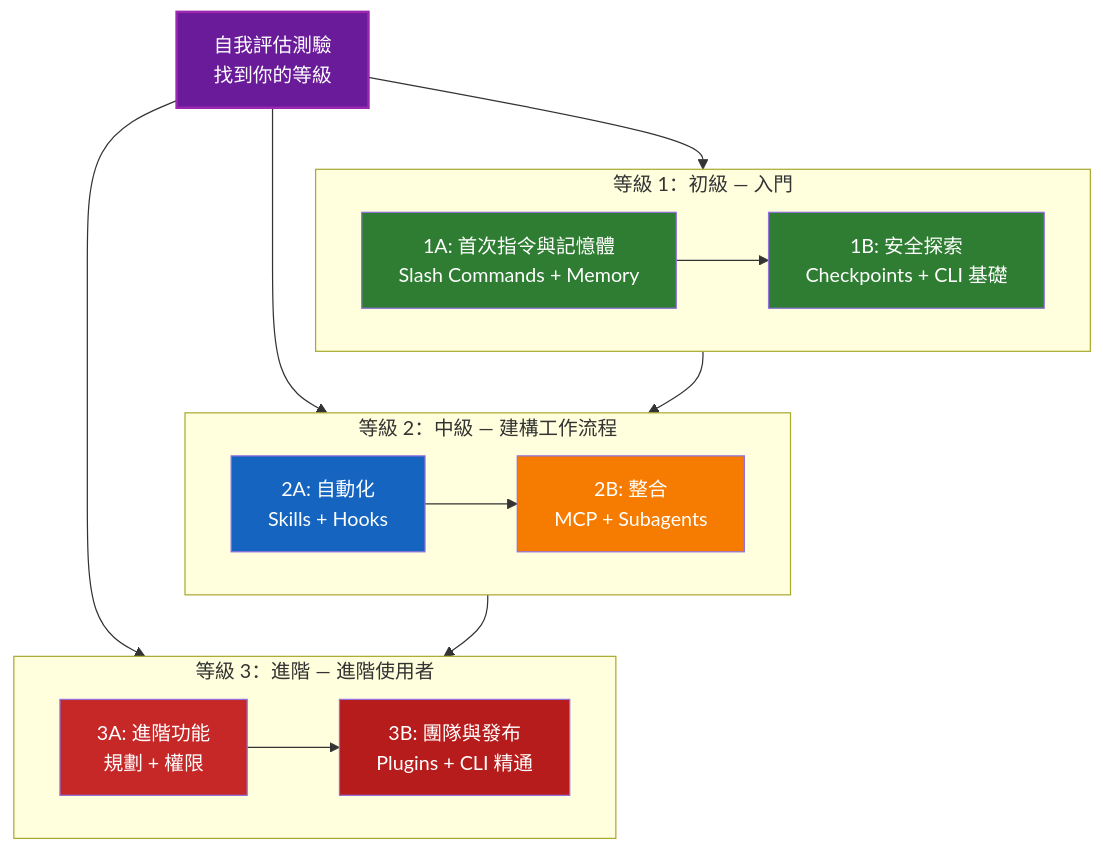
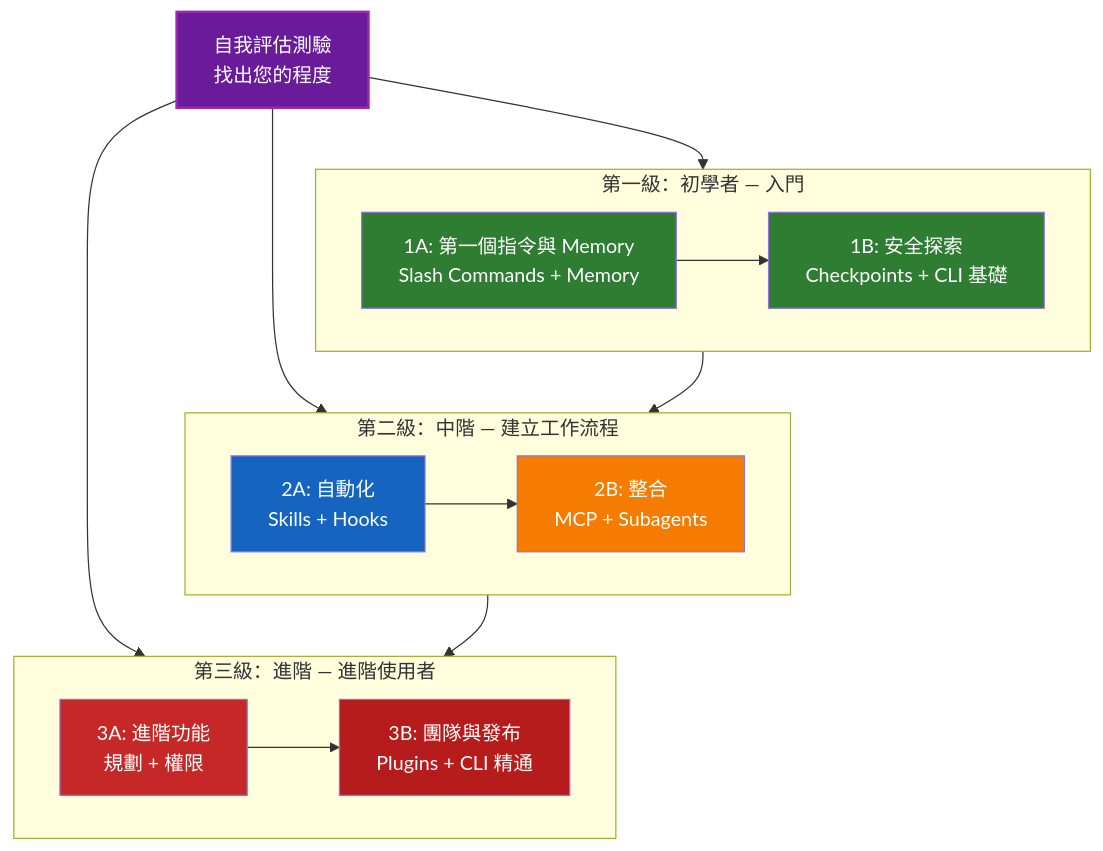
The diagram in LEARNING-ROADMAP.md (huckly/claude-howto-zh-tw), drawn with Mermaid before and after one commit. The commit also changed other lines of this file and 12 other files, not shown here.

````diff
--- a/LEARNING-ROADMAP.md
+++ b/LEARNING-ROADMAP.md
@@ -55,32 +55,32 @@
 ```mermaid
 graph TD
-    Q["自我評估測驗<br/>找到你的等級"] --> L1
+    Q["自我評估測驗<br/>找出您的程度"] --> L1
     Q --> L2
     Q --> L3
 
-    subgraph L1["等級 1：初級 — 入門"]
+    subgraph L1["第一級：初學者 — 入門"]
         direction LR
-        A["1A: 首次指令與記憶體<br/>Slash Commands + Memory"] --> B["1B: 安全探索<br/>Checkpoints + CLI 基礎"]
+        A["1A: 第一個指令與 Memory<br/>Slash Commands + Memory"] --> B["1B: 安全探索<br/>Checkpoints + CLI 基礎"]
     end
 
-    subgraph L2["等級 2：中級 — 建構工作流程"]
+    subgraph L2["第二級：中階 — 建立工作流程"]
         direction LR
         C["2A: 自動化<br/>Skills + Hooks"] --> D["2B: 整合<br/>MCP + Subagents"]
     end
 
-    subgraph L3["等級 3：進階 — 進階使用者"]
+    subgraph L3["第三級：進階 — 進階使用者"]
         direction LR
         E["3A: 進階功能<br/>規劃 + 權限"] --> F["3B: 團隊與發布<br/>Plugins + CLI 精通"]
     end
 
     L1 --> L2
     L2 --> L3
 
     style Q fill:#6A1B9A,color:#fff,stroke:#9C27B0,stroke-width:2px
     style A fill:#2E7D32,color:#fff
     style B fill:#2E7D32,color:#fff
     style C fill:#1565C0,color:#fff
     style D fill:#F57C00,color:#fff
     style E fill:#C62828,color:#fff
     style F fill:#B71C1C,color:#fff
 ```
````
